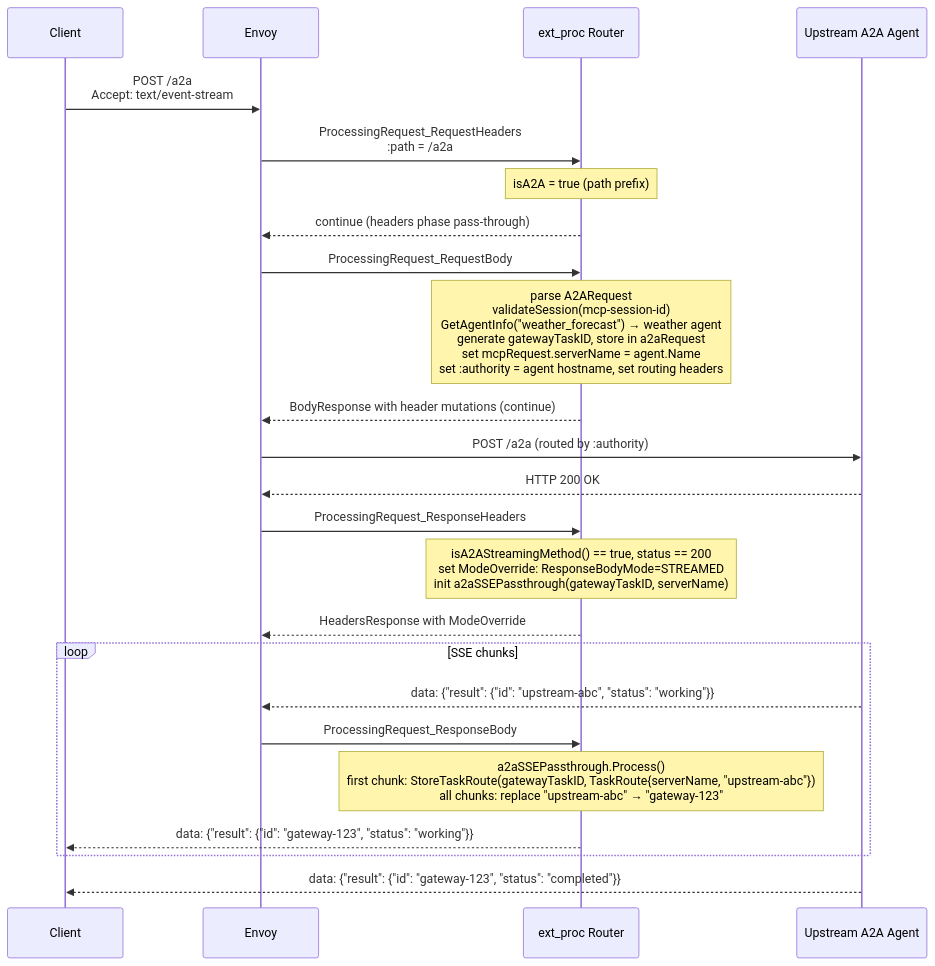
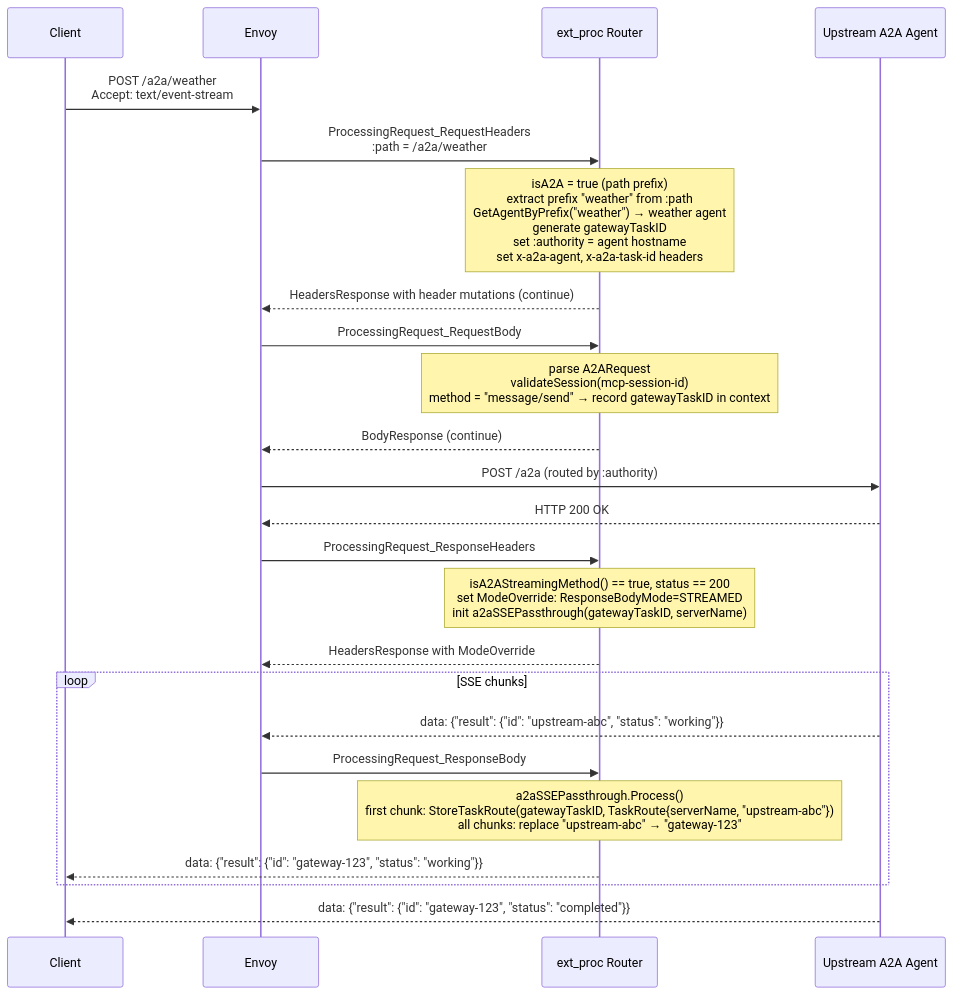
One commit to Aman-Cool/mcp-gateway changed the third of 5 diagrams in docs/design/a2a/a2a-design.md. Above: the diagram before and after it, drawn with Mermaid. The commit also changed other lines of this file and 2 other files, not shown here.

First line of the commit message:
docs: revise A2A design to path-per-agent routing and RFC 9264 discovery

````diff
--- a/docs/design/a2a/a2a-design.md
+++ b/docs/design/a2a/a2a-design.md
@@ -155,27 +158,27 @@
 ```mermaid
 sequenceDiagram
     participant Client
     participant Envoy
     participant Router as ext_proc Router
     participant Upstream as Upstream A2A Agent
 
-    Client->>Envoy: POST /a2a<br/>Accept: text/event-stream
-    Envoy->>Router: ProcessingRequest_RequestHeaders<br/>:path = /a2a
-    Note over Router: isA2A = true (path prefix)
-    Router-->>Envoy: continue (headers phase pass-through)
+    Client->>Envoy: POST /a2a/weather<br/>Accept: text/event-stream
+    Envoy->>Router: ProcessingRequest_RequestHeaders<br/>:path = /a2a/weather
+    Note over Router: isA2A = true (path prefix)<br/>extract prefix "weather" from :path<br/>GetAgentByPrefix("weather") → weather agent<br/>generate gatewayTaskID<br/>set :authority = agent hostname<br/>set x-a2a-agent, x-a2a-task-id headers
+    Router-->>Envoy: HeadersResponse with header mutations (continue)
     Envoy->>Router: ProcessingRequest_RequestBody
-    Note over Router: parse A2ARequest<br/>validateSession(mcp-session-id)<br/>GetAgentInfo("weather_forecast") → weather agent<br/>generate gatewayTaskID, store in a2aRequest<br/>set mcpRequest.serverName = agent.Name<br/>set :authority = agent hostname, set routing headers
-    Router-->>Envoy: BodyResponse with header mutations (continue)
+    Note over Router: parse A2ARequest<br/>validateSession(mcp-session-id)<br/>method = "message/send" → record gatewayTaskID in context
+    Router-->>Envoy: BodyResponse (continue)
     Envoy->>Upstream: POST /a2a (routed by :authority)
     Upstream-->>Envoy: HTTP 200 OK
     Envoy->>Router: ProcessingRequest_ResponseHeaders
     Note over Router: isA2AStreamingMethod() == true, status == 200<br/>set ModeOverride: ResponseBodyMode=STREAMED<br/>init a2aSSEPassthrough(gatewayTaskID, serverName)
     Router-->>Envoy: HeadersResponse with ModeOverride
     loop SSE chunks
         Upstream-->>Envoy: data: {"result": {"id": "upstream-abc", "status": "working"}}
         Envoy->>Router: ProcessingRequest_ResponseBody
         Note over Router: a2aSSEPassthrough.Process()<br/>first chunk: StoreTaskRoute(gatewayTaskID, TaskRoute{serverName, "upstream-abc"})<br/>all chunks: replace "upstream-abc" → "gateway-123"
         Router-->>Client: data: {"result": {"id": "gateway-123", "status": "working"}}
     end
     Upstream-->>Client: data: {"result": {"id": "gateway-123", "status": "completed"}}
 ```
````
